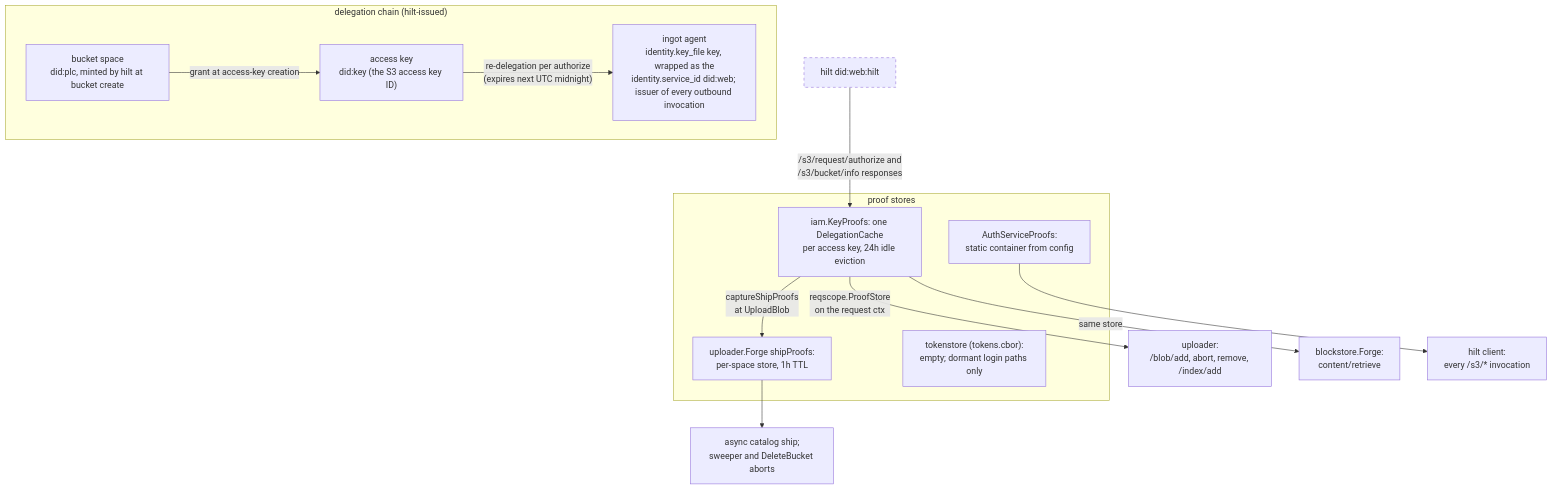
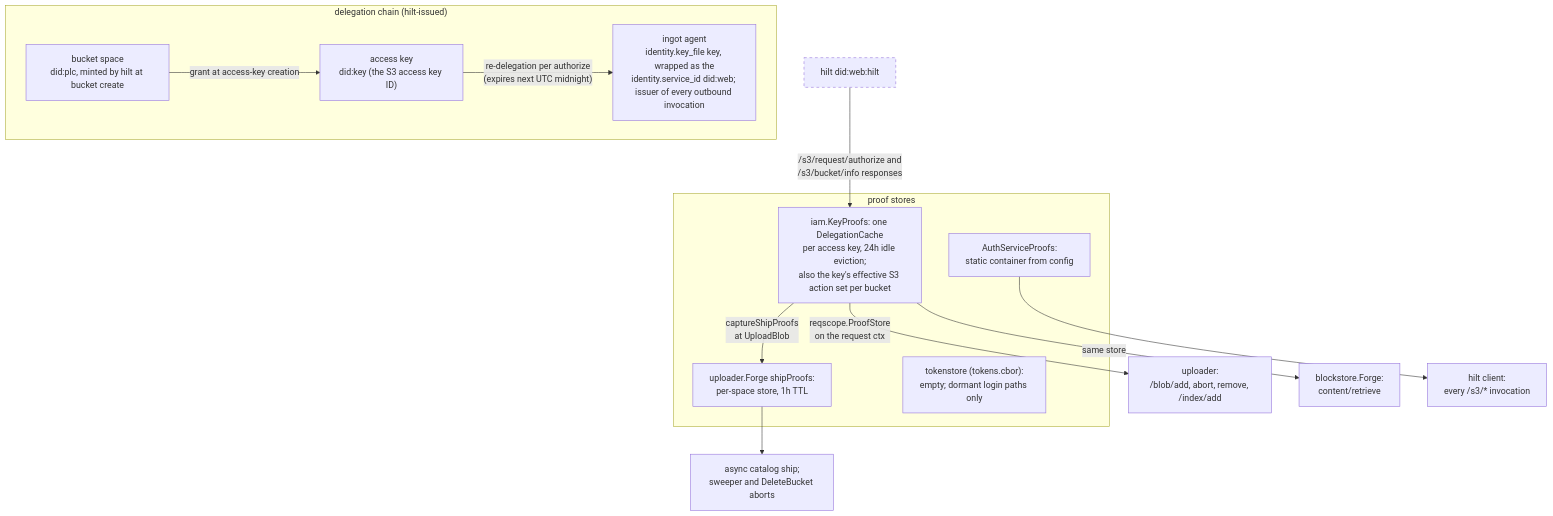
One commit to fil-forge/ingot changed diagram 11 of 14 in docs/diagrams.md. Above: the diagram before and after it, drawn with Mermaid. The commit also changed other lines of this file and 10 other files, not shown here.

````diff
--- a/docs/diagrams.md
+++ b/docs/diagrams.md
@@ -653,28 +653,28 @@
 ```mermaid
 flowchart TB
     subgraph chain["delegation chain (hilt-issued)"]
         space["bucket space<br/>did:plc, minted by hilt at bucket create"]
         ak["access key<br/>did:key (the S3 access key ID)"]
         agent["ingot agent<br/>identity.key_file key, wrapped as the<br/>identity.service_id did:web; issuer of every outbound invocation"]
         space -->|"grant at access-key creation"| ak
         ak -->|"re-delegation per authorize<br/>(expires next UTC midnight)"| agent
     end
 
     hilt["hilt did:web:hilt"] -->|"/s3/request/authorize and<br/>/s3/bucket/info responses"| kp
 
     subgraph stores["proof stores"]
-        kp["iam.KeyProofs: one DelegationCache<br/>per access key, 24h idle eviction"]
+        kp["iam.KeyProofs: one DelegationCache<br/>per access key, 24h idle eviction;<br/>also the key's effective S3 action set per bucket"]
         ship["uploader.Forge shipProofs:<br/>per-space store, 1h TTL"]
         static["AuthServiceProofs:<br/>static container from config"]
         tok["tokenstore (tokens.cbor):<br/>empty; dormant login paths only"]
     end
 
     kp -->|"reqscope.ProofStore<br/>on the request ctx"| writes["uploader:<br/>/blob/add, abort, remove, /index/add"]
     kp -->|"same store"| reads["blockstore.Forge:<br/>content/retrieve"]
     kp -->|"captureShipProofs<br/>at UploadBlob"| ship
     ship --> async["async catalog ship;<br/>sweeper and DeleteBucket aborts"]
     static --> hc["hilt client:<br/>every /s3/* invocation"]
 
     classDef external stroke-dasharray: 5 5
     class hilt external
 ```
````
